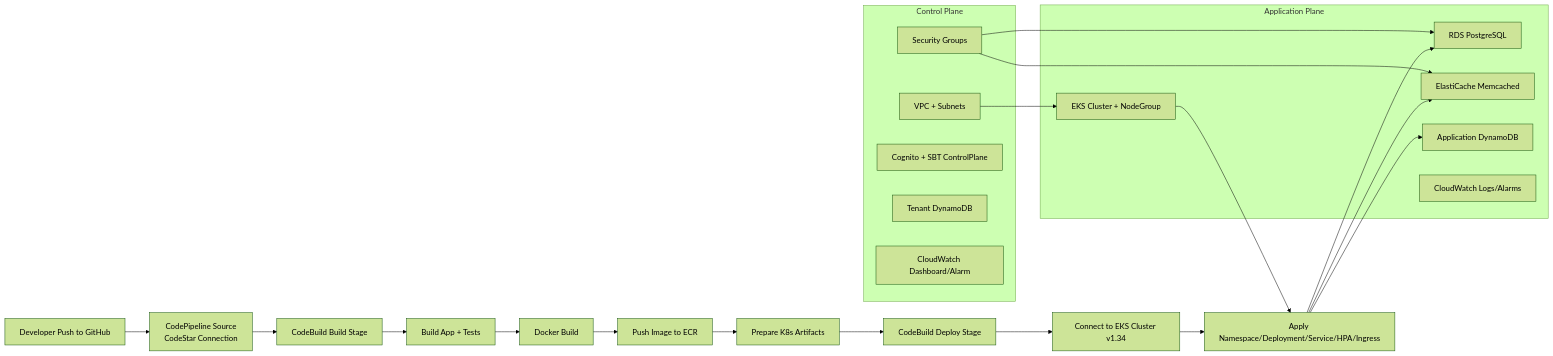
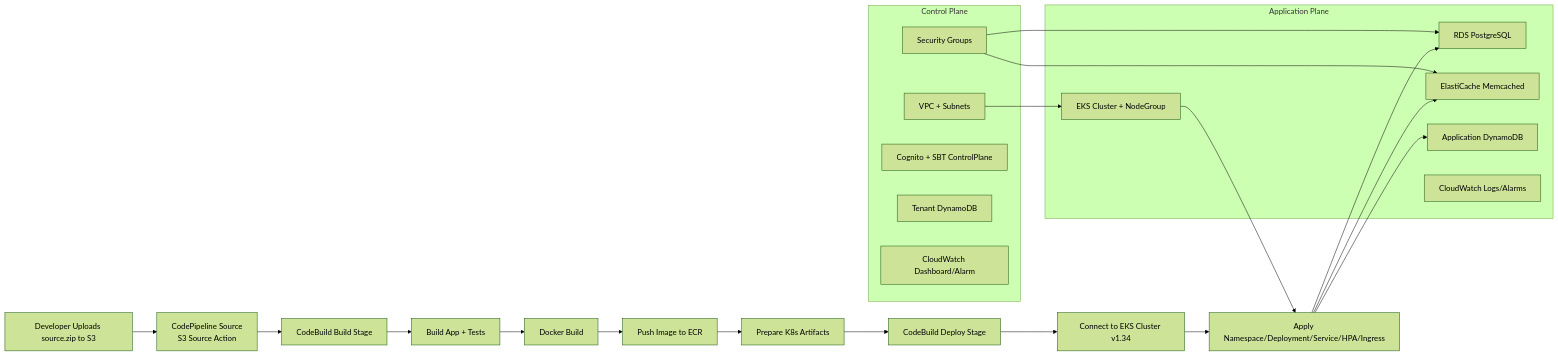
Before and after one commit to rahultiple31/med-aws-repo: the diagram in README.md, drawn with Mermaid (forest theme). The commit also changed other lines of this file, not shown here.

````diff
--- a/README.md
+++ b/README.md
@@ -1,37 +1,38 @@
 ```mermaid
 flowchart LR
-  A[Developer Push to GitHub] --> B[CodePipeline Source<br/>CodeStar Connection]
+  A[Developer Uploads source.zip to S3] --> B[CodePipeline Source<br/>S3 Source Action]
   B --> C[CodeBuild Build Stage]
   C --> D[Build App + Tests]
   D --> E[Docker Build]
   E --> F[Push Image to ECR]
   F --> G[Prepare K8s Artifacts]
 
   G --> H[CodeBuild Deploy Stage]
   H --> I[Connect to EKS Cluster v1.34]
   I --> J[Apply Namespace/Deployment/Service/HPA/Ingress]
 
   subgraph Control Plane
     CP1[VPC + Subnets]
     CP2[Security Groups]
     CP3[Cognito + SBT ControlPlane]
     CP4[Tenant DynamoDB]
     CP5[CloudWatch Dashboard/Alarm]
   end
 
   subgraph Application Plane
     AP1[EKS Cluster + NodeGroup]
     AP2[RDS PostgreSQL]
     AP3[ElastiCache Memcached]
     AP4[Application DynamoDB]
     AP5[CloudWatch Logs/Alarms]
   end
 
   CP1 --> AP1
   CP2 --> AP2
   CP2 --> AP3
   AP1 --> J
   J --> AP2
   J --> AP3
   J --> AP4
+
 ```
````
